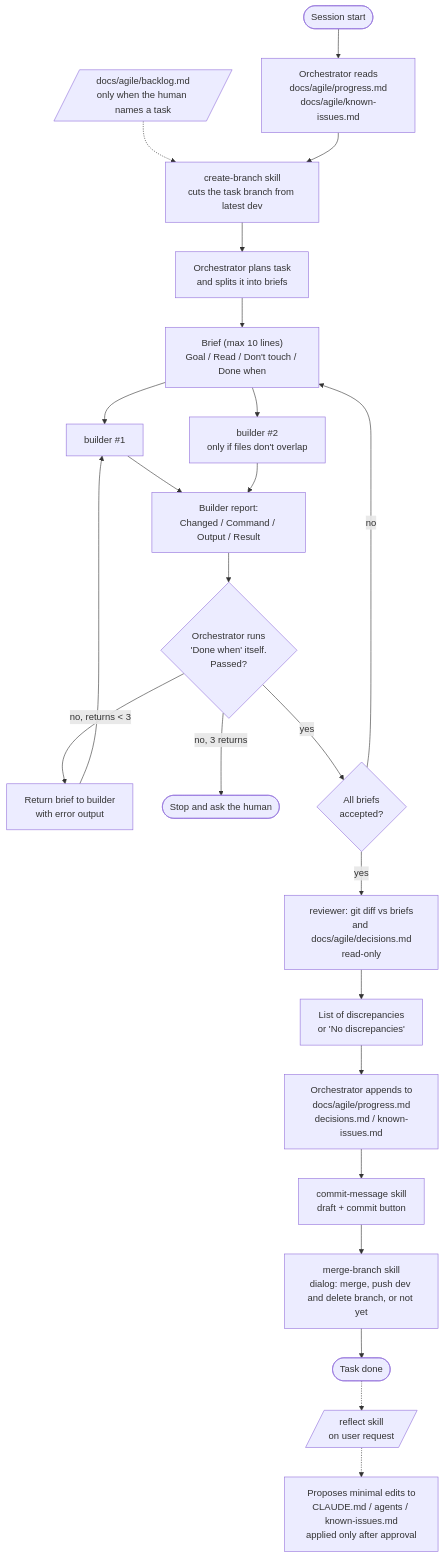
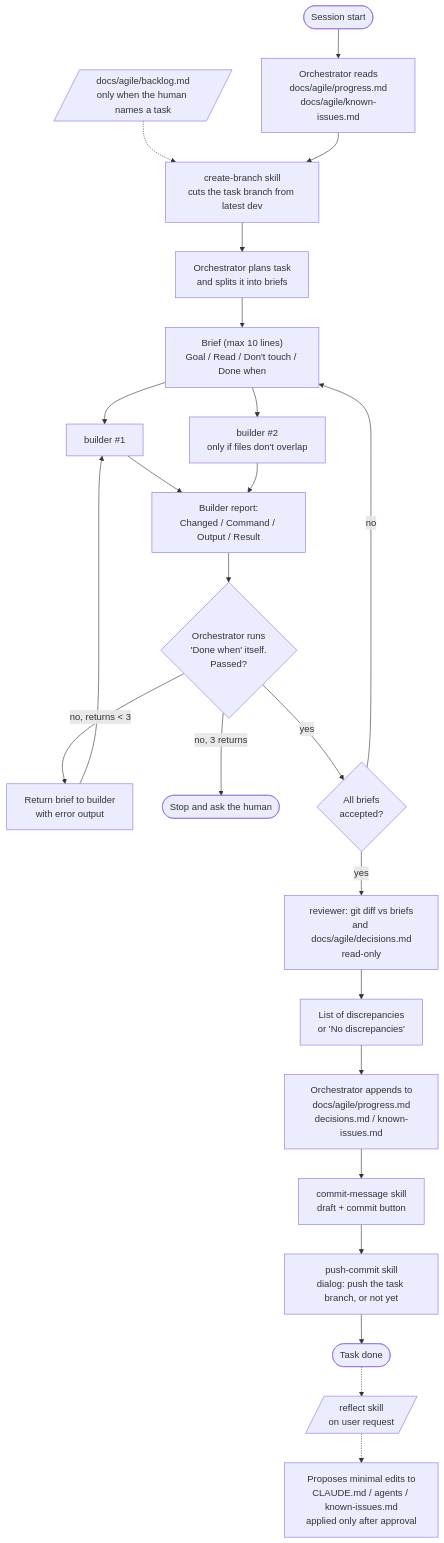
One commit to roman-ua89/remindme changed the diagram in docs/orchestrator.md. Above: the diagram before and after it, drawn with Mermaid. The commit also changed 10 other files, not shown here.

````diff
--- a/docs/orchestrator.md
+++ b/docs/orchestrator.md
@@ -8,26 +8,26 @@
 ```mermaid
 flowchart TD
     BL[/docs/agile/backlog.md<br/>only when the human names a task/] -.-> BR
     A([Session start]) --> B[Orchestrator reads<br/>docs/agile/progress.md<br/>docs/agile/known-issues.md]
     B --> BR[create-branch skill<br/>cuts the task branch from latest dev]
     BR --> C[Orchestrator plans task<br/>and splits it into briefs]
     C --> D["Brief (max 10 lines)<br/>Goal / Read / Don't touch / Done when"]
     D --> E1[builder #1]
     D --> E2[builder #2<br/>only if files don't overlap]
     E1 --> F[Builder report:<br/>Changed / Command / Output / Result]
     E2 --> F
     F --> G{Orchestrator runs<br/>'Done when' itself.<br/>Passed?}
     G -- no, returns < 3 --> H[Return brief to builder<br/>with error output]
     H --> E1
     G -- no, 3 returns --> I([Stop and ask the human])
     G -- yes --> J{All briefs<br/>accepted?}
     J -- no --> D
     J -- yes --> K[reviewer: git diff vs briefs<br/>and docs/agile/decisions.md<br/>read-only]
     K --> L[List of discrepancies<br/>or 'No discrepancies']
     L --> M[Orchestrator appends to<br/>docs/agile/progress.md<br/>decisions.md / known-issues.md]
     M --> CM[commit-message skill<br/>draft + commit button]
-    CM --> MB[merge-branch skill<br/>dialog: merge, push dev and delete branch, or not yet]
-    MB --> N([Task done])
+    CM --> PC[push-commit skill<br/>dialog: push the task branch, or not yet]
+    PC --> N([Task done])
     N -.-> O[/reflect skill<br/>on user request/]
     O -.-> P[Proposes minimal edits to<br/>CLAUDE.md / agents / known-issues.md<br/>applied only after approval]
 ```
````
